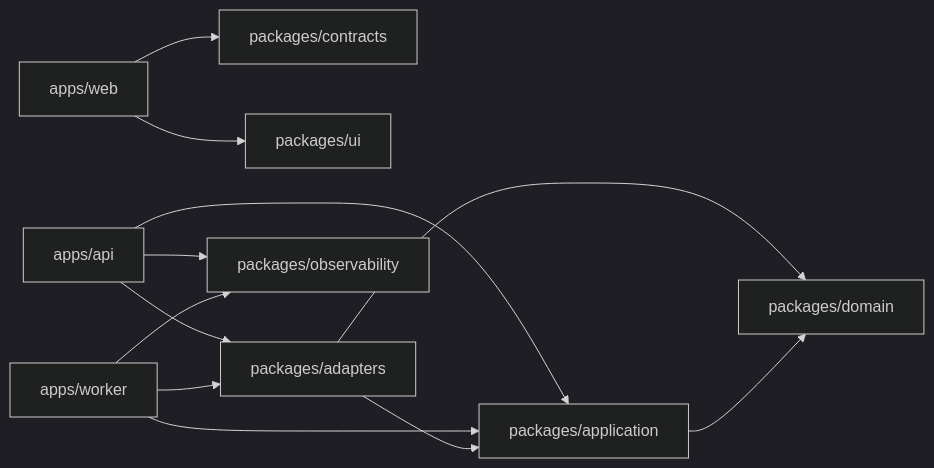
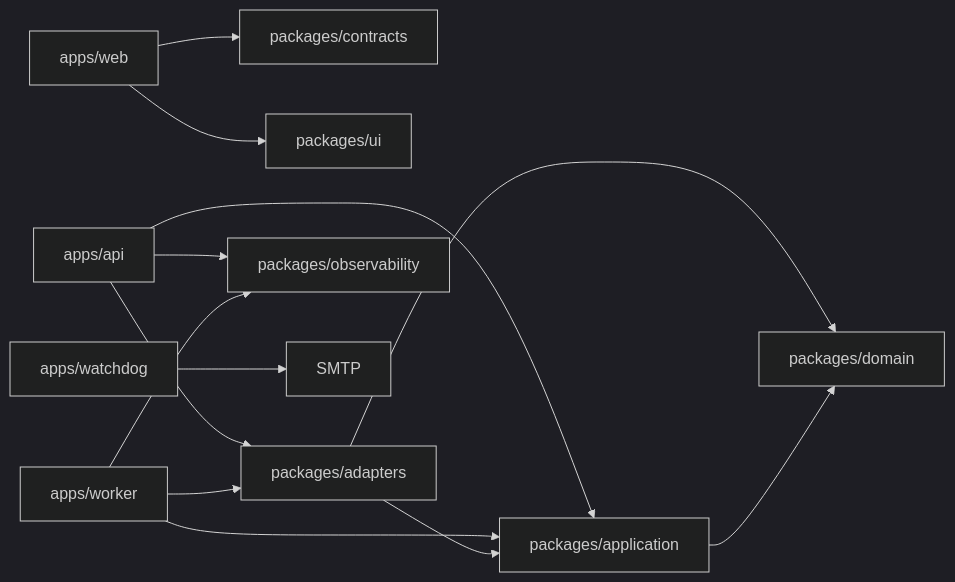
One commit to r4ai/news-podcast changed the third of 7 diagrams in docs/architecture.md. Above: the diagram before and after it, drawn with Mermaid (dark theme). The commit also changed other lines of this file and 3 other files, not shown here.

````diff
--- a/docs/architecture.md
+++ b/docs/architecture.md
@@ -104,14 +105,15 @@
 ```mermaid
 flowchart LR
   Web["apps/web"] --> Contracts["packages/contracts"]
   Web --> UI["packages/ui"]
   API["apps/api"] --> Application["packages/application"]
   API --> Adapters["packages/adapters"]
   Worker["apps/worker"] --> Application
   Worker --> Adapters
   API --> Observability["packages/observability"]
   Worker --> Observability
+  Watchdog["apps/watchdog"] --> SMTP["SMTP"]
   Adapters --> Application
   Adapters --> Domain["packages/domain"]
   Application --> Domain
 ```
````
